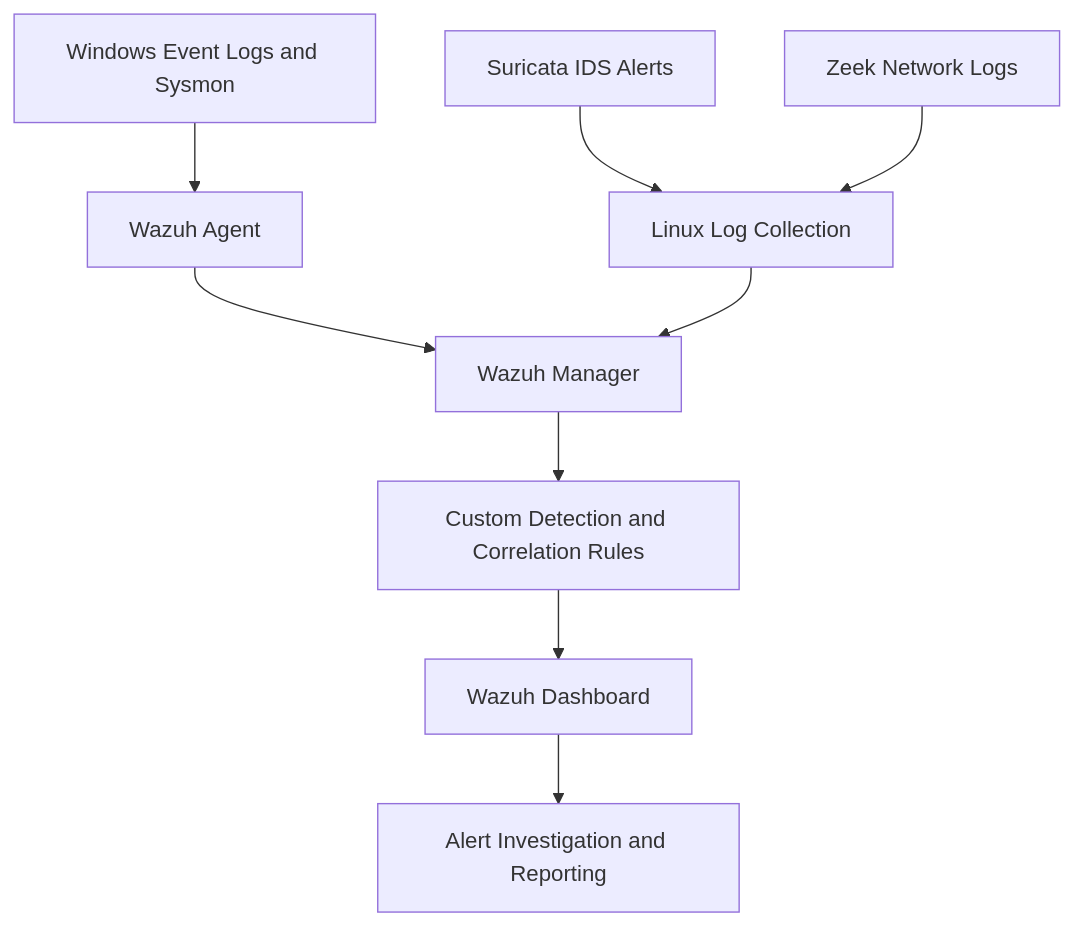
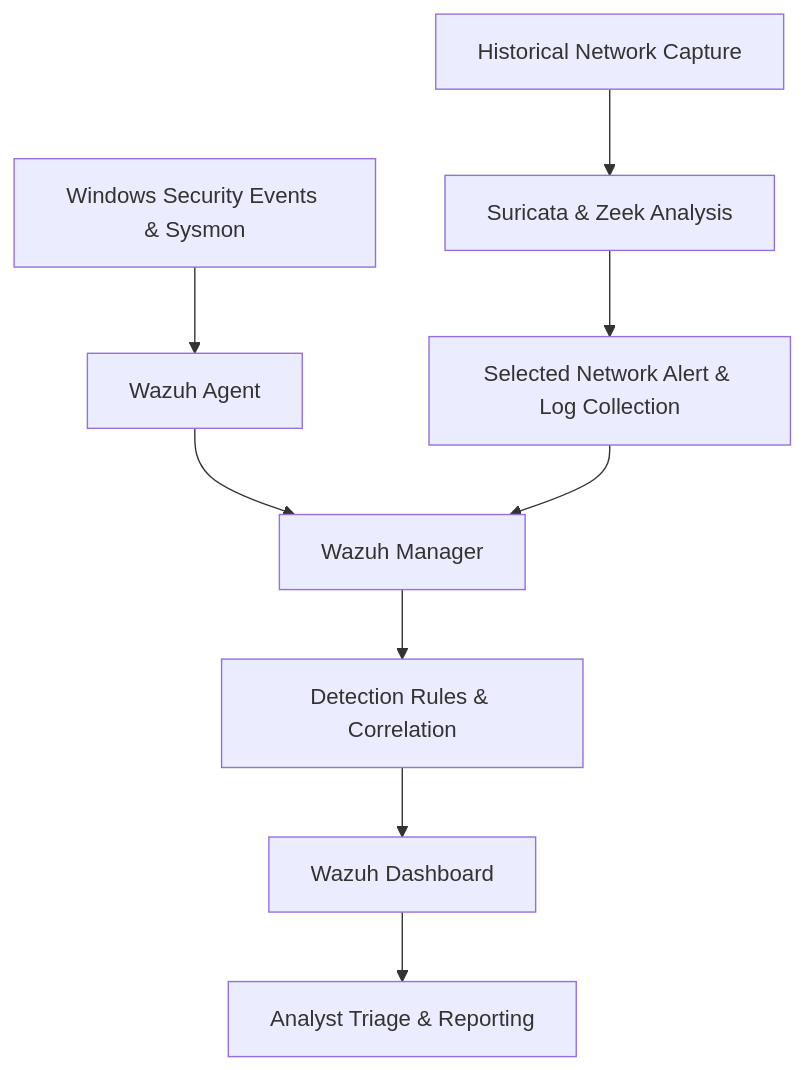
The first of 2 diagrams in 01-soc-threat-detection/README.md (DevaR36/Cybersecurity-portfolio), drawn with Mermaid before and after one commit. The commit also changed other lines of this file and 9 other files, not shown here.

````diff
--- a/01-soc-threat-detection/README.md
+++ b/01-soc-threat-detection/README.md
@@ -74,11 +60,11 @@
 ```mermaid
 flowchart TD
-    A["Windows Event Logs and Sysmon"] --> B["Wazuh Agent"]
-    C["Suricata IDS Alerts"] --> D["Linux Log Collection"]
-    E["Zeek Network Logs"] --> D
-    B --> F["Wazuh Manager"]
-    D --> F
-    F --> G["Custom Detection and Correlation Rules"]
-    G --> H["Wazuh Dashboard"]
-    H --> I["Alert Investigation and Reporting"]
+    W["Windows Security Events & Sysmon"] --> WA["Wazuh Agent"]
+    N["Historical Network Capture"] --> IDS["Suricata & Zeek Analysis"]
+    IDS --> L["Selected Network Alert & Log Collection"]
+    WA --> M["Wazuh Manager"]
+    L --> M
+    M --> R["Detection Rules & Correlation"]
+    R --> D["Wazuh Dashboard"]
+    D --> T["Analyst Triage & Reporting"]
 ```
````
